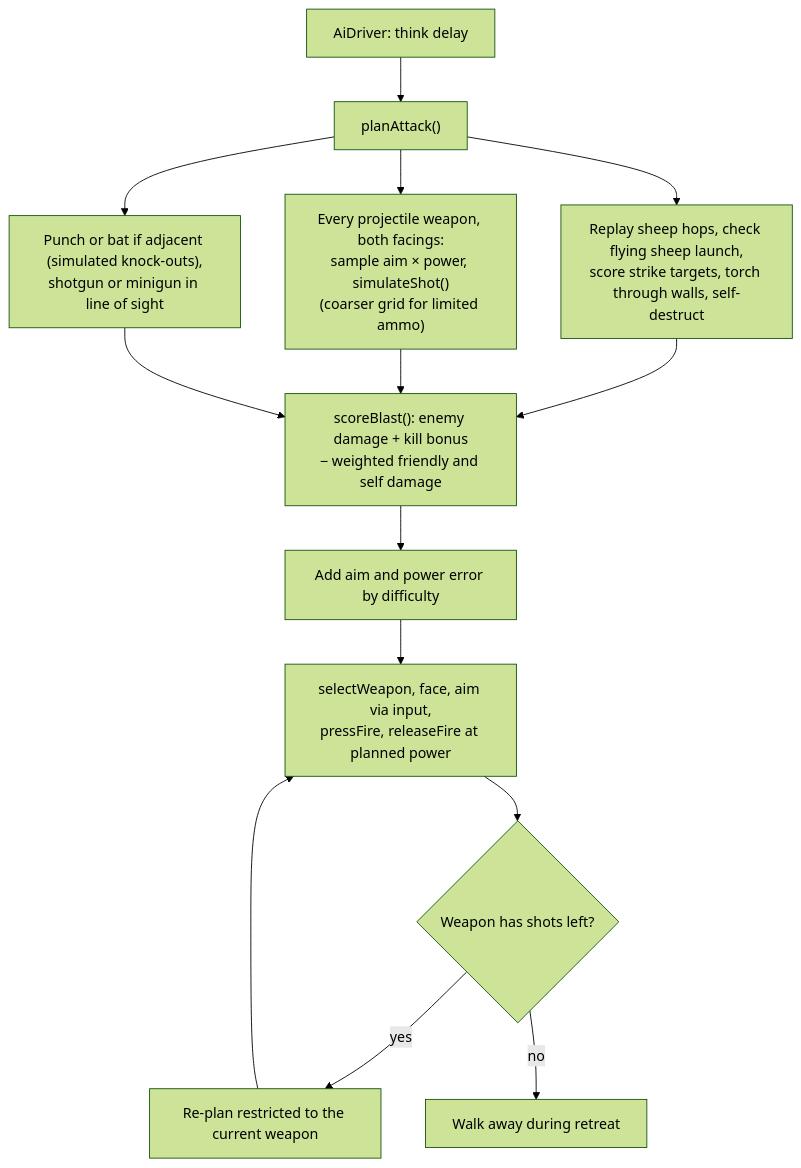
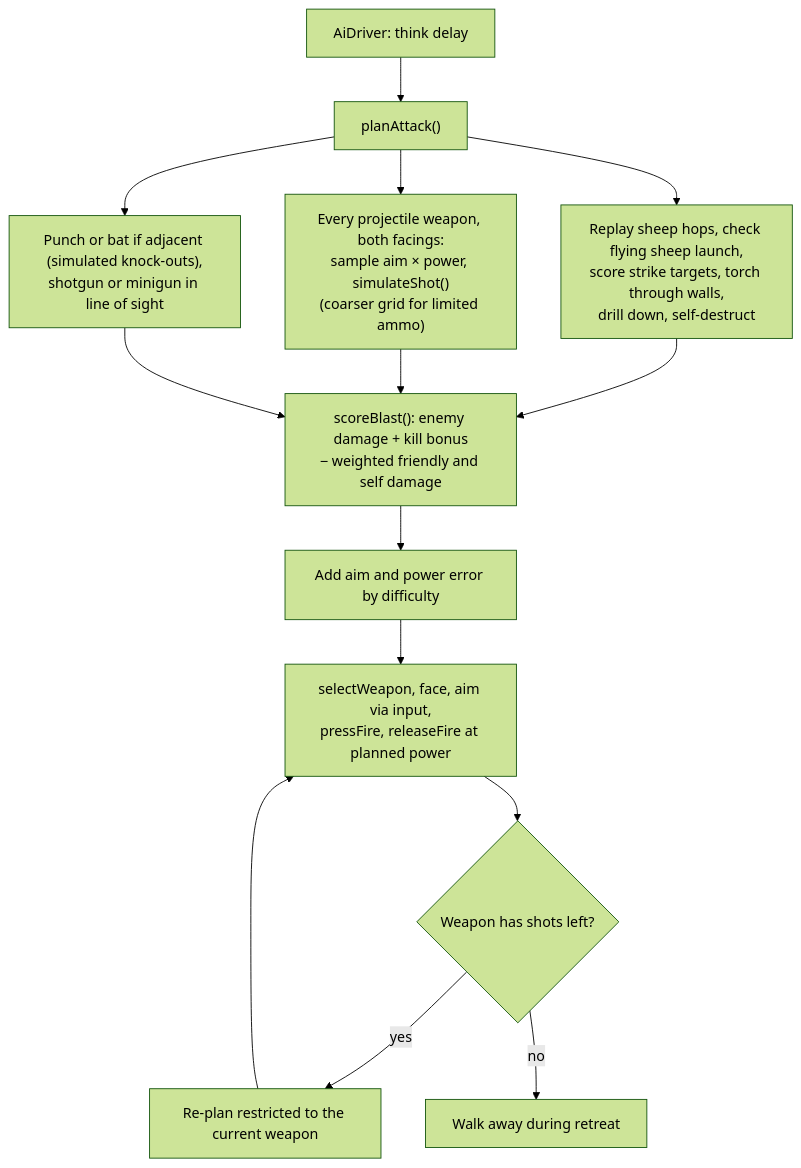
Before and after one commit to marcelpetrick/AlliumAssault: the eighth of 9 diagrams in docs/ARCHITECTURE.md, drawn with Mermaid (forest theme). The commit also changed other lines of this file and 8 other files, not shown here.

````diff
--- a/docs/ARCHITECTURE.md
+++ b/docs/ARCHITECTURE.md
@@ -235,15 +242,15 @@
 ```mermaid
 flowchart TD
   think["AiDriver: think delay"] --> plan["planAttack()"]
   plan --> sample["Every projectile weapon, both facings:<br/>sample aim × power, simulateShot()<br/>(coarser grid for limited ammo)"]
-  plan --> special["Replay sheep hops, check flying sheep launch,<br/>score strike targets, torch through walls, self-destruct"]
+  plan --> special["Replay sheep hops, check flying sheep launch,<br/>score strike targets, torch through walls,<br/>drill down, self-destruct"]
   plan --> melee["Punch or bat if adjacent (simulated knock-outs),<br/>shotgun or minigun in line of sight"]
   special --> score
   sample --> score["scoreBlast(): enemy damage + kill bonus<br/>− weighted friendly and self damage"]
   melee --> score
   score --> noise["Add aim and power error by difficulty"]
   noise --> act["selectWeapon, face, aim via input,<br/>pressFire, releaseFire at planned power"]
   act --> more{"Weapon has shots left?"}
   more -- yes --> replan["Re-plan restricted to the current weapon"] --> act
   more -- no --> retreat["Walk away during retreat"]
 ```
````
